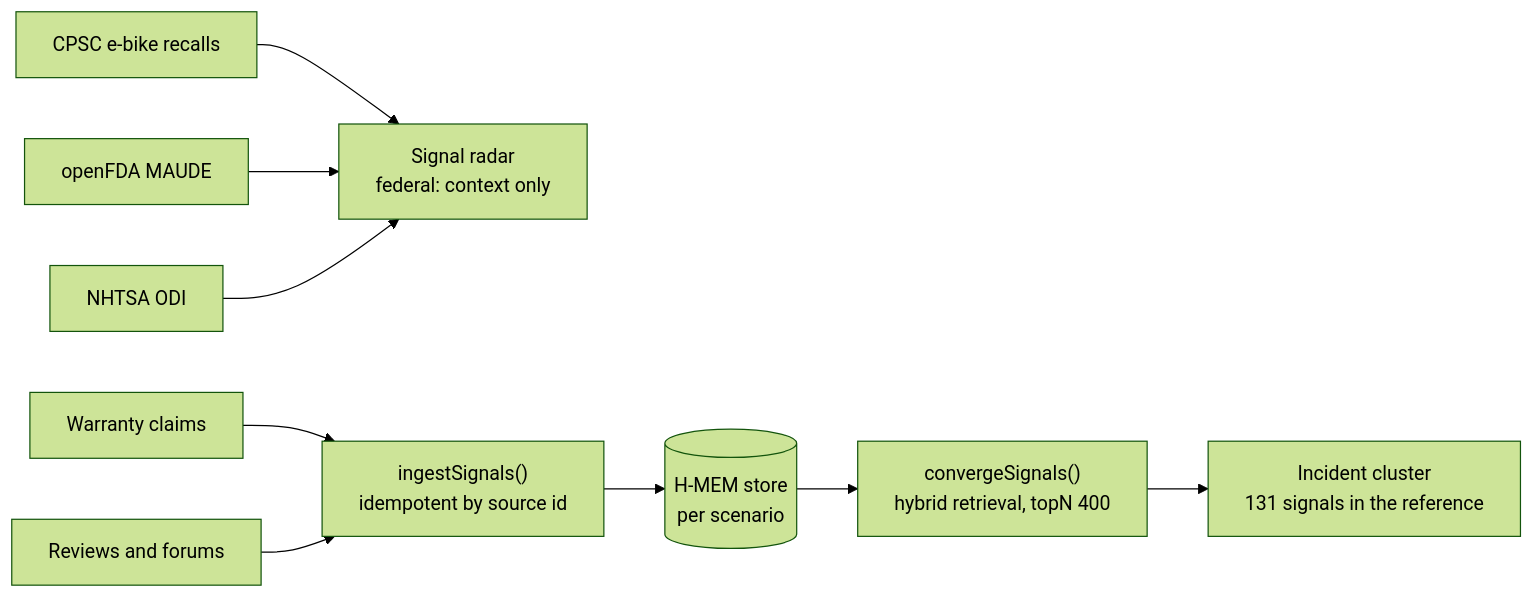
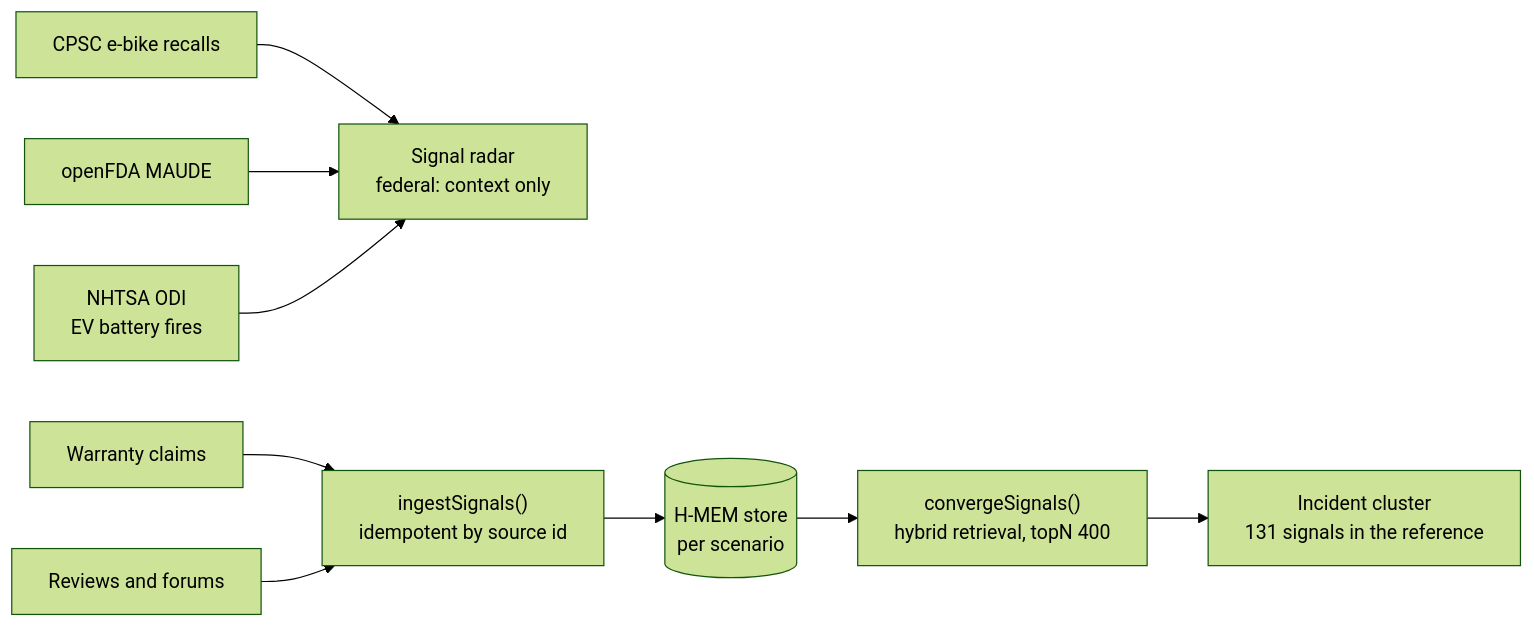
The second of 7 diagrams in ARCHITECTURE.md (NetLayerLabs/Traceon), drawn with Mermaid (forest theme) before and after one commit. The commit also changed other lines of this file and 3 other files, not shown here.

First line of the commit message:
Intake: NHTSA feed is now real EV battery fires, strictly filtered

````diff
--- a/ARCHITECTURE.md
+++ b/ARCHITECTURE.md
@@ -55,11 +55,11 @@
 ```mermaid
 flowchart LR
   F1["CPSC e-bike recalls"] --> RAD["Signal radar<br/>federal: context only"]
   F2["openFDA MAUDE"] --> RAD
-  F3["NHTSA ODI"] --> RAD
+  F3["NHTSA ODI<br/>EV battery fires"] --> RAD
   W["Warranty claims"] --> ING["ingestSignals()<br/>idempotent by source id"]
   B["Reviews and forums"] --> ING
   ING --> HM[("H-MEM store<br/>per scenario")]
   HM --> Q["convergeSignals()<br/>hybrid retrieval, topN 400"]
   Q --> CL["Incident cluster<br/>131 signals in the reference"]
 ```
````
